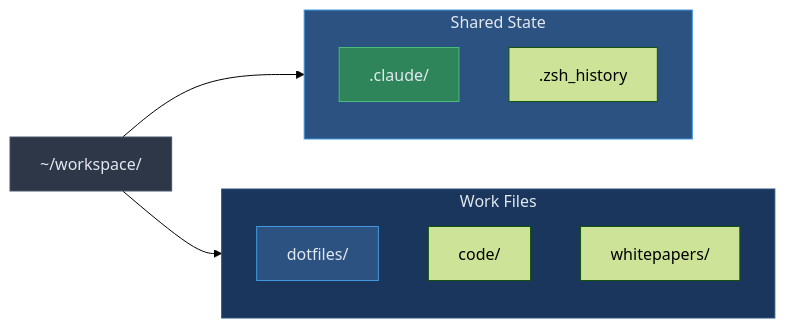
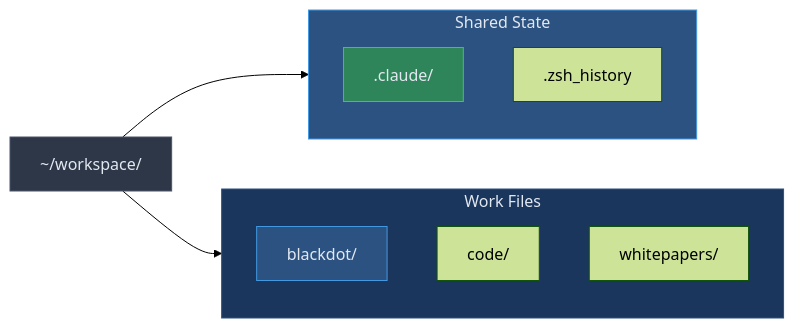
Before and after one commit to blackwell-systems/blackdot: the second of 5 diagrams in docs/README-FULL.md, drawn with Mermaid (forest theme). The commit also changed other lines of this file and 7 other files, not shown here.

````diff
--- a/docs/README-FULL.md
+++ b/docs/README-FULL.md
@@ -470,24 +470,24 @@
 ```mermaid
 graph LR
     workspace["~/workspace/"]
 
     subgraph state["Shared State"]
         claude[".claude/"]
         history[".zsh_history"]
     end
 
     subgraph work["Work Files"]
-        dotfiles["dotfiles/"]
+        blackdot["blackdot/"]
         code["code/"]
         docs["whitepapers/"]
     end
 
     workspace --> state
     workspace --> work
 
     style workspace fill:#2d3748,stroke:#4a5568,color:#e2e8f0
     style state fill:#2c5282,stroke:#4299e1,color:#e2e8f0
     style work fill:#1a365d,stroke:#2c5282,color:#e2e8f0
     style claude fill:#2f855a,stroke:#48bb78,color:#e2e8f0
-    style dotfiles fill:#2c5282,stroke:#4299e1,color:#e2e8f0
+    style blackdot fill:#2c5282,stroke:#4299e1,color:#e2e8f0
 ```
````
